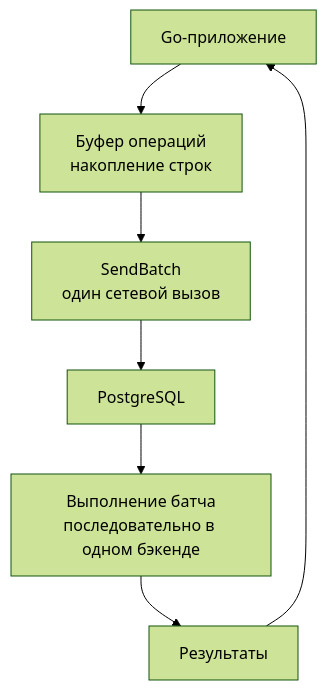
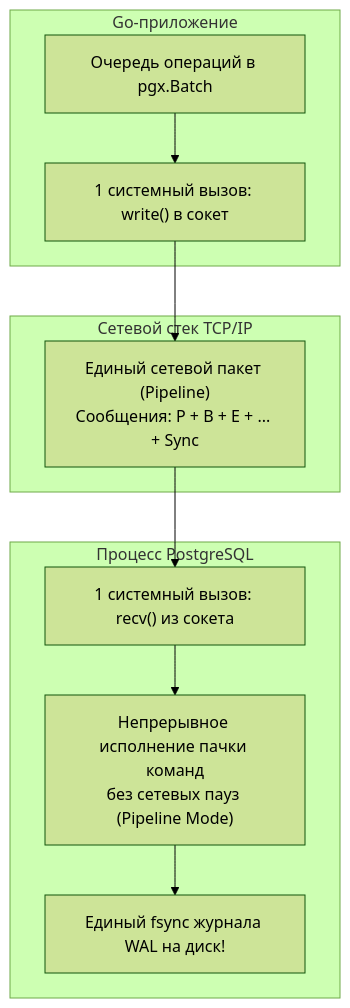
Before and after one commit to UnrealTemplier/go-textbook: the diagram in sources/12. Базы данных/04. Индексы и производительность/16. Batch запросы.md, drawn with Mermaid (forest theme). The commit also changed other lines of this file, not shown here.

````diff
--- a/sources/12. Базы данных/04. Индексы и производительность/16. Batch запросы.md
+++ b/sources/12. Базы данных/04. Индексы и производительность/16. Batch запросы.md
@@ -156,16 +216,23 @@
 ```mermaid
 flowchart TD
-    GoApp["Go-приложение"]
-    BatchBuf["Буфер операций<br>накопление строк"]
-    Send["SendBatch<br>один сетевой вызов"]
-    DB["PostgreSQL"]
-    Exec["Выполнение батча<br>последовательно в одном бэкенде"]
-    Result["Результаты"]
+    subgraph GoProcess["Go-приложение"]
+        Queue["Очередь операций в pgx.Batch"]
+        SocketWrite["1 системный вызов: write() в сокет"]
+        Queue --> SocketWrite
+    end
 
-    GoApp --> BatchBuf
-    BatchBuf --> Send
-    Send --> DB
-    DB --> Exec
-    Exec --> Result
-    Result --> GoApp
+    subgraph Network["Сетевой стек TCP/IP"]
+        Packet["Единый сетевой пакет (Pipeline)<br>Сообщения: P + B + E + ... + Sync"]
+        SocketWrite --> Packet
+    end
+
+    subgraph PostgresBackend["Процесс PostgreSQL"]
+        SocketRead["1 системный вызов: recv() из сокета"]
+        ExecEngine["Непрерывное исполнение пачки команд<br>без сетевых пауз (Pipeline Mode)"]
+        SingleWAL["Единый fsync журнала WAL на диск!"]
+        
+        Packet --> SocketRead
+        SocketRead --> ExecEngine
+        ExecEngine --> SingleWAL
+    end
 ```
````
